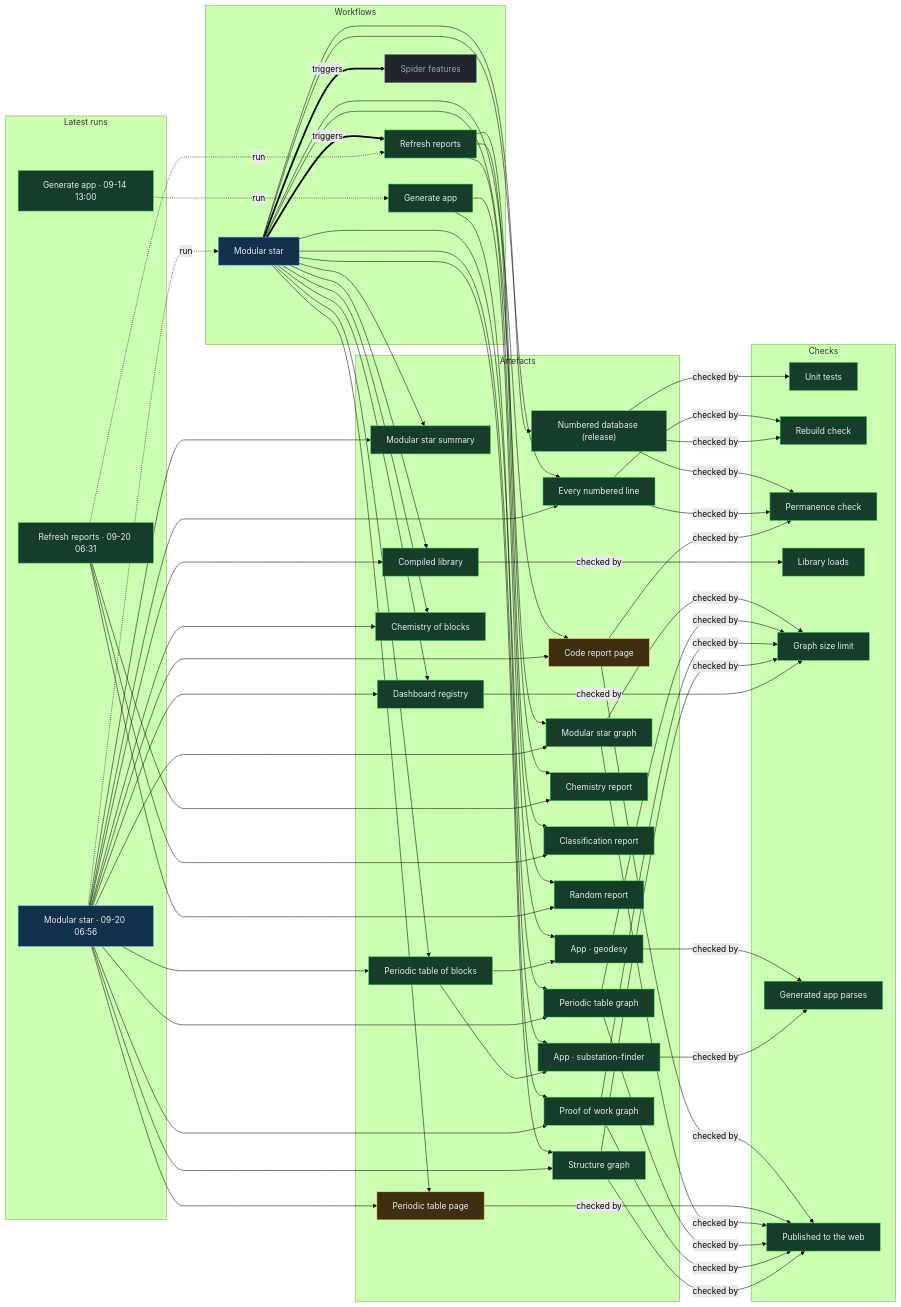
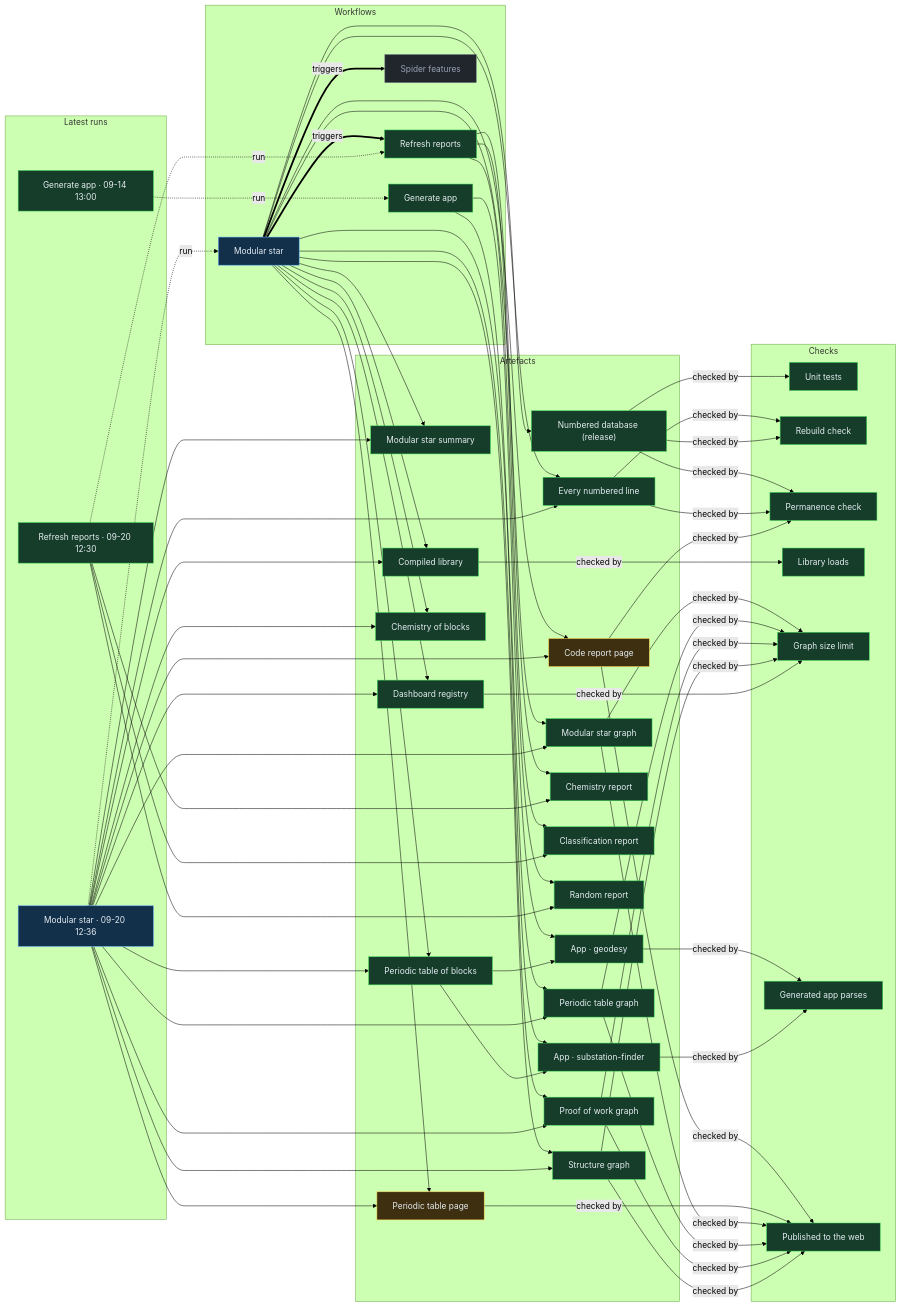
The diagram in proof/PROOF.md (Ventusltd/stars), drawn with Mermaid (forest theme) before and after one commit. The commit also changed other lines of this file and 37 other files, not shown here.

Commit message:
Modular star 2026-09-20T12:38Z

```diff
--- a/proof/PROOF.md
+++ b/proof/PROOF.md
@@ -24,8 +24,8 @@
   n_wf_spider_features["Spider features"]:::off
   end
   subgraph g_runs["Latest runs"]
-  n_run_35495525457["Modular star · 09-20 06:56"]:::live
-  n_run_35494458892["Refresh reports · 09-20 06:31"]:::ok
+  n_run_35511091179["Modular star · 09-20 12:36"]:::live
+  n_run_35510817511["Refresh reports · 09-20 12:30"]:::ok
   n_run_34846587798["Generate app · 09-14 13:00"]:::ok
   end
   subgraph g_artefacts["Artefacts"]
@@ -59,39 +59,39 @@
   end
   n_wf_modular_star == triggers ==> n_wf_refresh
   n_wf_modular_star == triggers ==> n_wf_spider_features
-  n_run_35495525457 -. run .-> n_wf_modular_star
-  n_run_35494458892 -. run .-> n_wf_refresh
+  n_run_35511091179 -. run .-> n_wf_modular_star
+  n_run_35510817511 -. run .-> n_wf_refresh
   n_run_34846587798 -. run .-> n_wf_generate
   n_wf_modular_star --> n_art_summary
-  n_run_35495525457 --> n_art_summary
+  n_run_35511091179 --> n_art_summary
   n_wf_modular_star --> n_art_lines
-  n_run_35495525457 --> n_art_lines
+  n_run_35511091179 --> n_art_lines
   n_wf_modular_star --> n_art_code
-  n_run_35495525457 --> n_art_code
+  n_run_35511091179 --> n_art_code
   n_wf_modular_star --> n_art_modular_graph
-  n_run_35495525457 --> n_art_modular_graph
+  n_run_35511091179 --> n_art_modular_graph
   n_wf_modular_star --> n_art_blocks
-  n_run_35495525457 --> n_art_blocks
+  n_run_35511091179 --> n_art_blocks
   n_wf_modular_star --> n_art_table
-  n_run_35495525457 --> n_art_table
+  n_run_35511091179 --> n_art_table
   n_wf_modular_star --> n_art_blocks_graph
-  n_run_35495525457 --> n_art_blocks_graph
+  n_run_35511091179 --> n_art_blocks_graph
   n_wf_modular_star --> n_art_reactions
-  n_run_35495525457 --> n_art_reactions
+  n_run_35511091179 --> n_art_reactions
   n_wf_modular_star --> n_art_library
-  n_run_35495525457 --> n_art_library
+  n_run_35511091179 --> n_art_library
   n_wf_modular_star --> n_art_features
-  n_run_35495525457 --> n_art_features
+  n_run_35511091179 --> n_art_features
   n_wf_modular_star --> n_art_proof
-  n_run_35495525457 --> n_art_proof
+  n_run_35511091179 --> n_art_proof
   n_wf_modular_star --> n_art_structure
-  n_run_35495525457 --> n_art_structure
+  n_run_35511091179 --> n_art_structure
   n_wf_refresh --> n_art_chemistry
-  n_run_35494458892 --> n_art_chemistry
+  n_run_35510817511 --> n_art_chemistry
   n_wf_refresh --> n_art_vedic
-  n_run_35494458892 --> n_art_vedic
+  n_run_35510817511 --> n_art_vedic
   n_wf_refresh --> n_art_random
-  n_run_35494458892 --> n_art_random
+  n_run_35510817511 --> n_art_random
   n_wf_modular_star --> n_art_release
   n_wf_generate --> n_app_geodesy
   n_art_blocks --> n_app_geodesy
```
